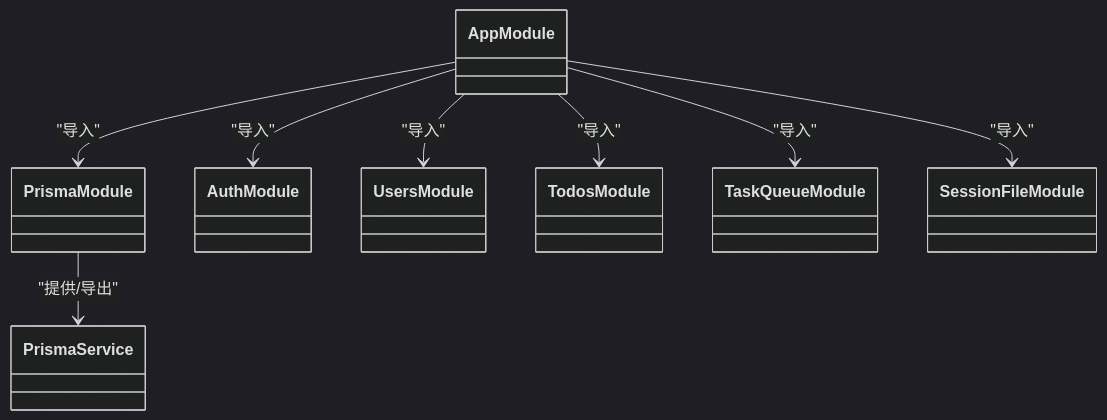
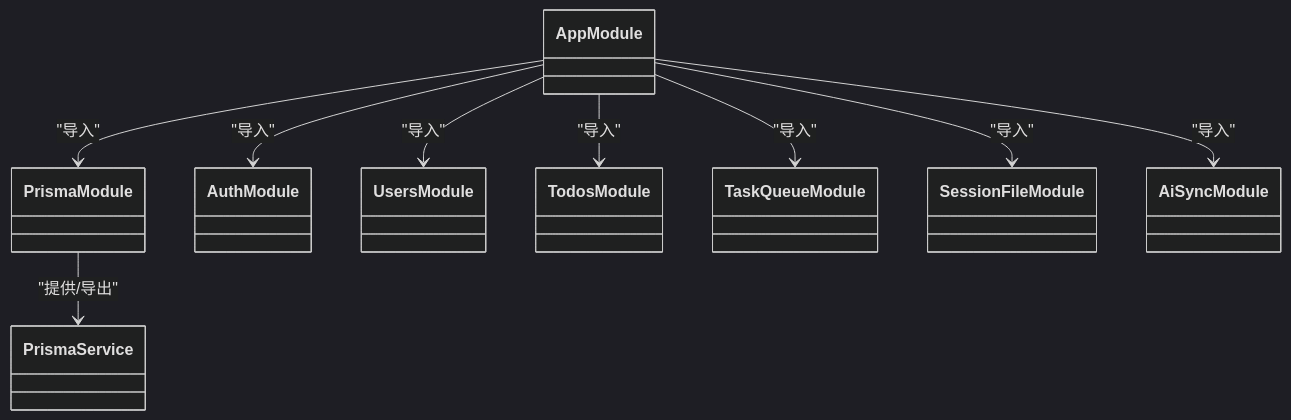
Before and after one commit to xixixiaoyu/Todo: the third of 13 diagrams in .qoder/repowiki/zh/content/后端架构/后端架构.md, drawn with Mermaid (dark theme). The commit also changed other lines of this file and 4 other files, not shown here.

````diff
--- a/.qoder/repowiki/zh/content/后端架构/后端架构.md
+++ b/.qoder/repowiki/zh/content/后端架构/后端架构.md
@@ -171,18 +187,20 @@
 ```mermaid
 classDiagram
 class AppModule
 class PrismaModule
 class PrismaService
 class AuthModule
 class UsersModule
 class TodosModule
 class TaskQueueModule
 class SessionFileModule
+class AiSyncModule
 AppModule --> PrismaModule : "导入"
 AppModule --> AuthModule : "导入"
 AppModule --> UsersModule : "导入"
 AppModule --> TodosModule : "导入"
 AppModule --> TaskQueueModule : "导入"
 AppModule --> SessionFileModule : "导入"
+AppModule --> AiSyncModule : "导入"
 PrismaModule --> PrismaService : "提供/导出"
 ```
````
